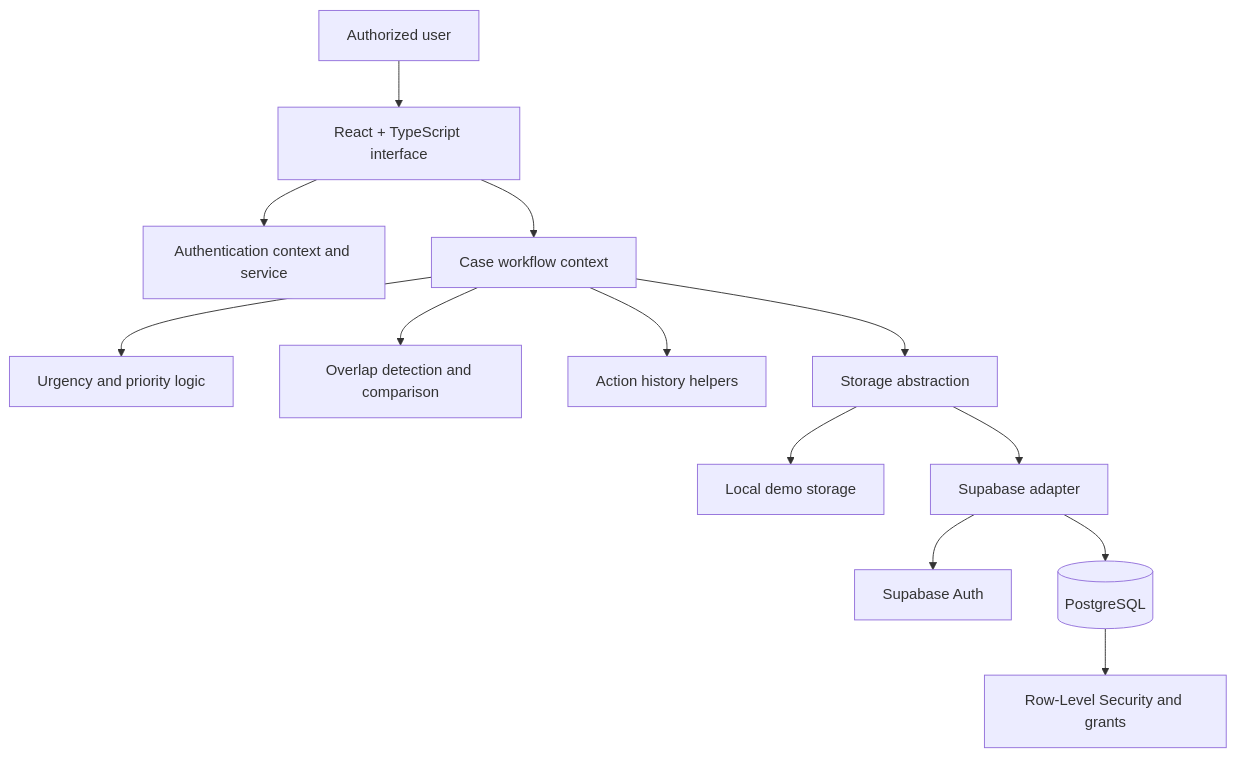
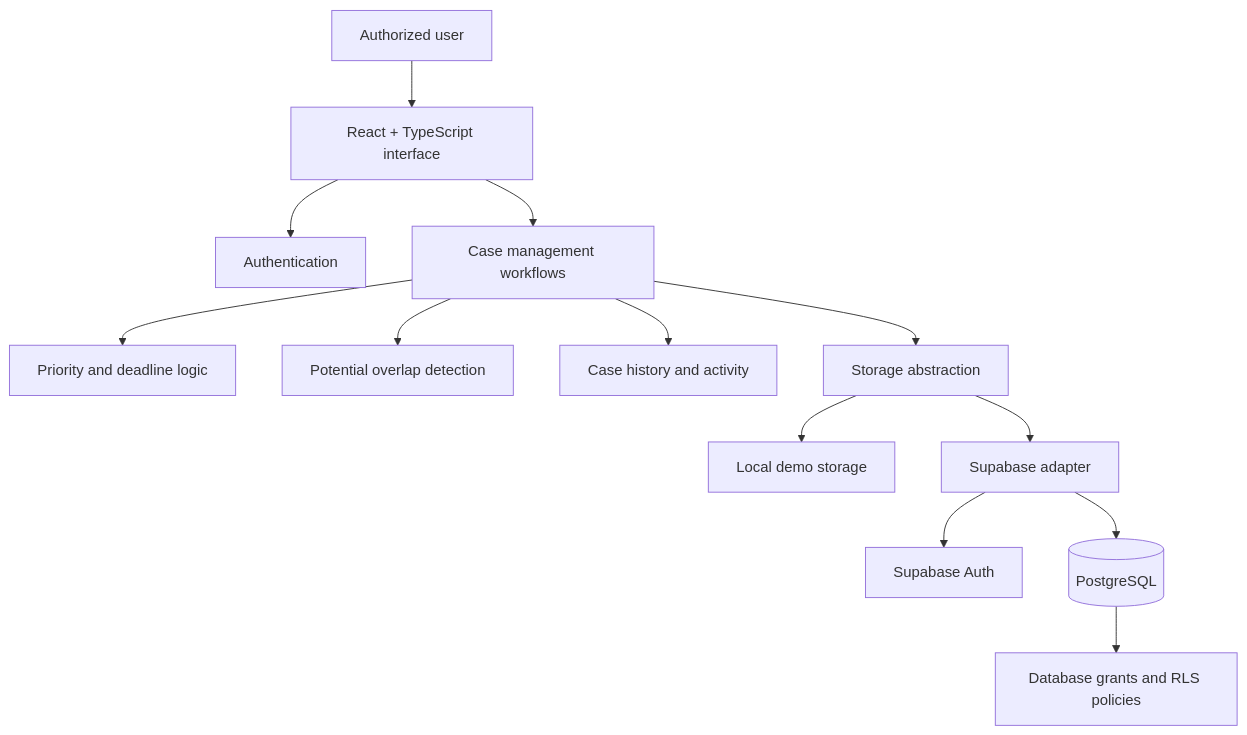
The diagram in README.md (kusoumya2006-netizen/CONVERA-), drawn with Mermaid before and after one commit. The commit also changed other lines of this file, not shown here.

````diff
--- a/README.md
+++ b/README.md
@@ -58,15 +83,15 @@
 ```mermaid
 flowchart TD
-    PERSON[Authorized user] --> UI[React + TypeScript interface]
-    UI --> AUTH[Authentication context and service]
-    UI --> CASES[Case workflow context]
-    CASES --> PRIORITY[Urgency and priority logic]
-    CASES --> OVERLAP[Overlap detection and comparison]
-    CASES --> HISTORY[Action history helpers]
-    CASES --> STORAGE[Storage abstraction]
-    STORAGE --> DEMO[Local demo storage]
-    STORAGE --> SUPA[Supabase adapter]
+    USER[Authorized user] --> UI[React + TypeScript interface]
+    UI --> AUTH[Authentication]
+    UI --> CASES[Case management workflows]
+    CASES --> PRIORITY[Priority and deadline logic]
+    CASES --> OVERLAP[Potential overlap detection]
+    CASES --> HISTORY[Case history and activity]
+    CASES --> STORE[Storage abstraction]
+    STORE --> LOCAL[Local demo storage]
+    STORE --> SUPA[Supabase adapter]
     SUPA --> SA[Supabase Auth]
     SUPA --> DB[(PostgreSQL)]
-    DB --> RLS[Row-Level Security and grants]
+    DB --> ACCESS[Database grants and RLS policies]
 ```
````
